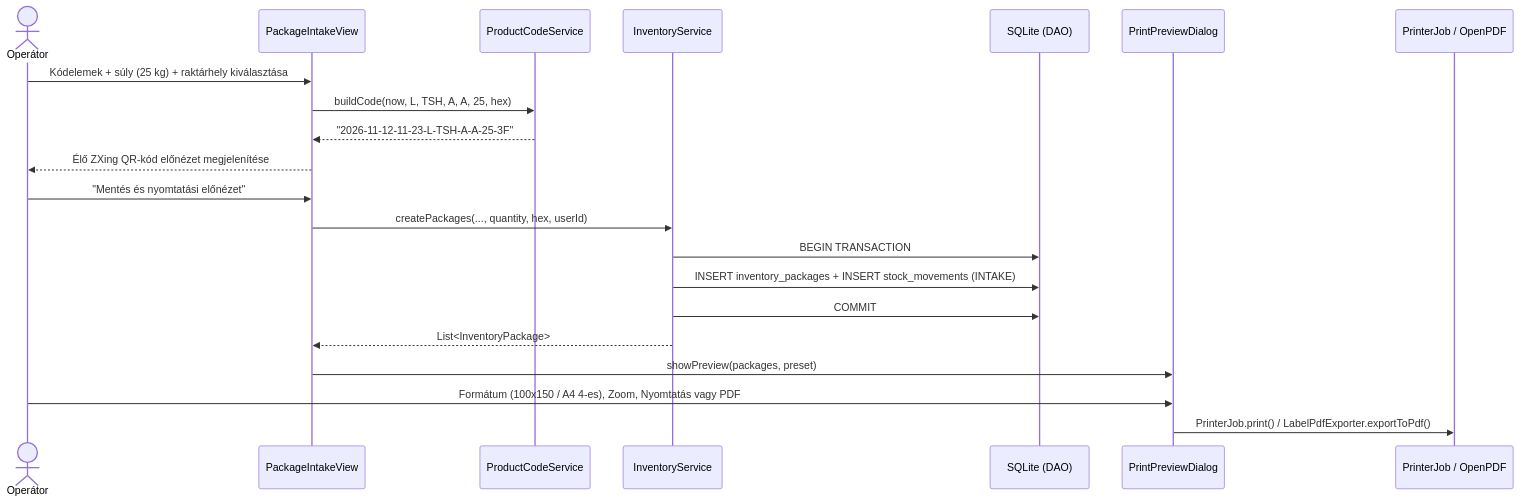
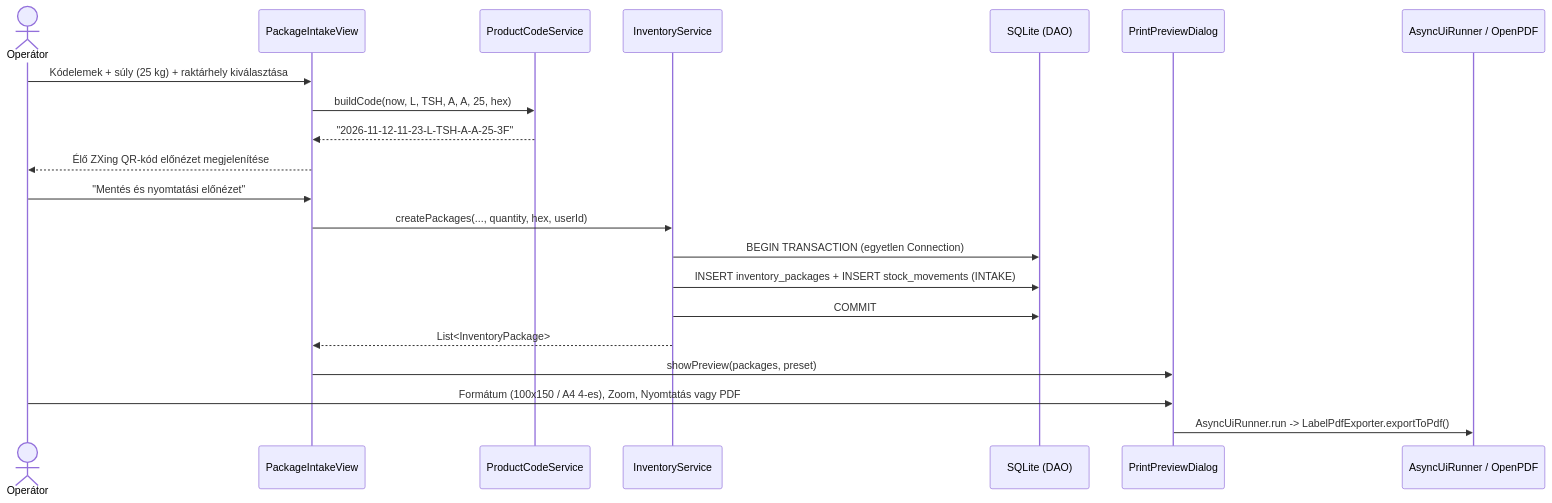
One commit to attilaczudor/due-prog-03 changed the fourth of 5 diagrams in docs/Programterv.md. Above: the diagram before and after it, drawn with Mermaid. The commit also changed other lines of this file and 9 other files, not shown here.

Commit message:
v2.1 Wave 4: add off-EDT AsyncUiRunner and sync v2.1 docs

````diff
--- a/docs/Programterv.md
+++ b/docs/Programterv.md
@@ -183,24 +204,24 @@
 ```mermaid
 sequenceDiagram
     actor Op as Operátor
     participant UI as PackageIntakeView
     participant Code as ProductCodeService
     participant Inv as InventoryService
     participant DB as SQLite (DAO)
     participant Prev as PrintPreviewDialog
-    participant Prn as PrinterJob / OpenPDF
+    participant Async as AsyncUiRunner / OpenPDF
 
     Op->>UI: Kódelemek + súly (25 kg) + raktárhely kiválasztása
     UI->>Code: buildCode(now, L, TSH, A, A, 25, hex)
     Code-->>UI: "2026-11-12-11-23-L-TSH-A-A-25-3F"
     UI-->>Op: Élő ZXing QR-kód előnézet megjelenítése
     Op->>UI: "Mentés és nyomtatási előnézet"
     UI->>Inv: createPackages(..., quantity, hex, userId)
-    Inv->>DB: BEGIN TRANSACTION
+    Inv->>DB: BEGIN TRANSACTION (egyetlen Connection)
     Inv->>DB: INSERT inventory_packages + INSERT stock_movements (INTAKE)
     Inv->>DB: COMMIT
     Inv-->>UI: List<InventoryPackage>
     UI->>Prev: showPreview(packages, preset)
     Op->>Prev: Formátum (100x150 / A4 4-es), Zoom, Nyomtatás vagy PDF
-    Prev->>Prn: PrinterJob.print() / LabelPdfExporter.exportToPdf()
+    Prev->>Async: AsyncUiRunner.run -> LabelPdfExporter.exportToPdf()
 ```
````
